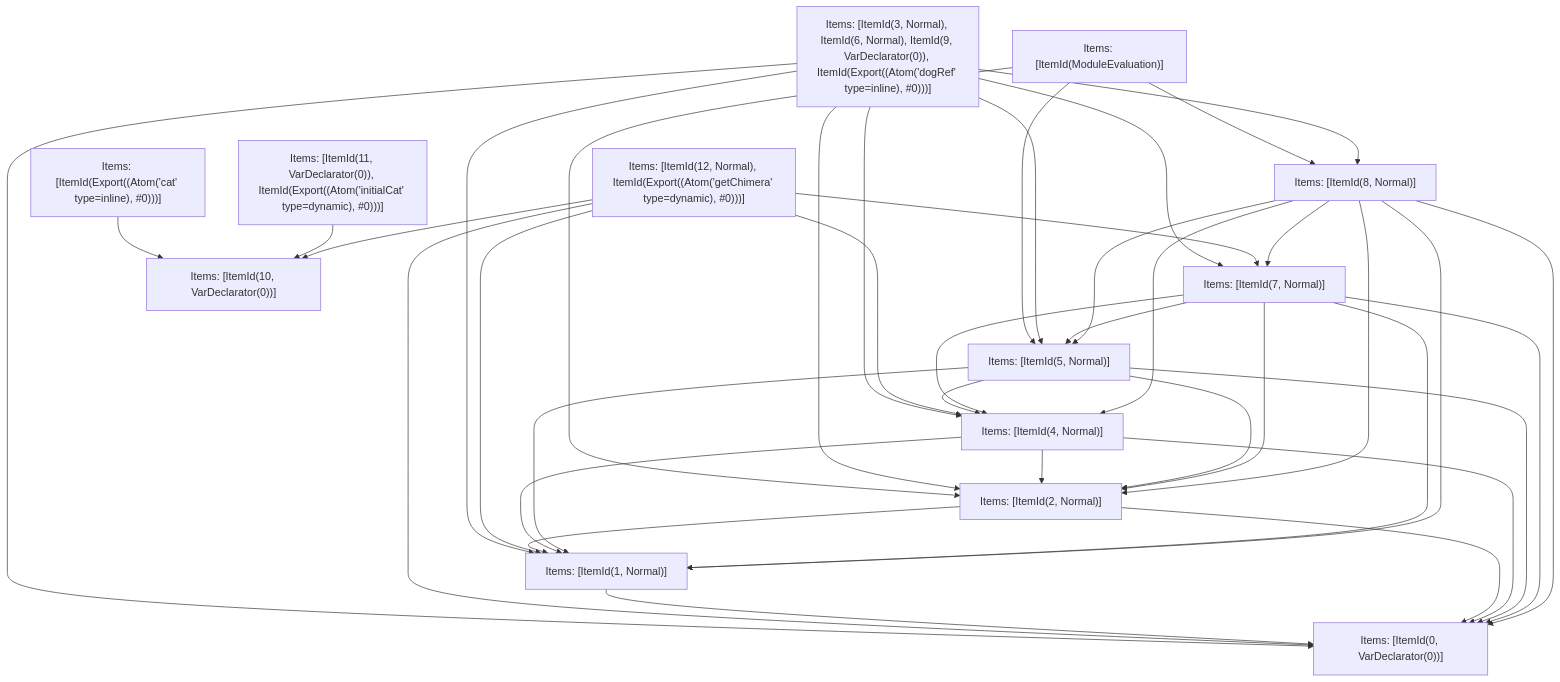
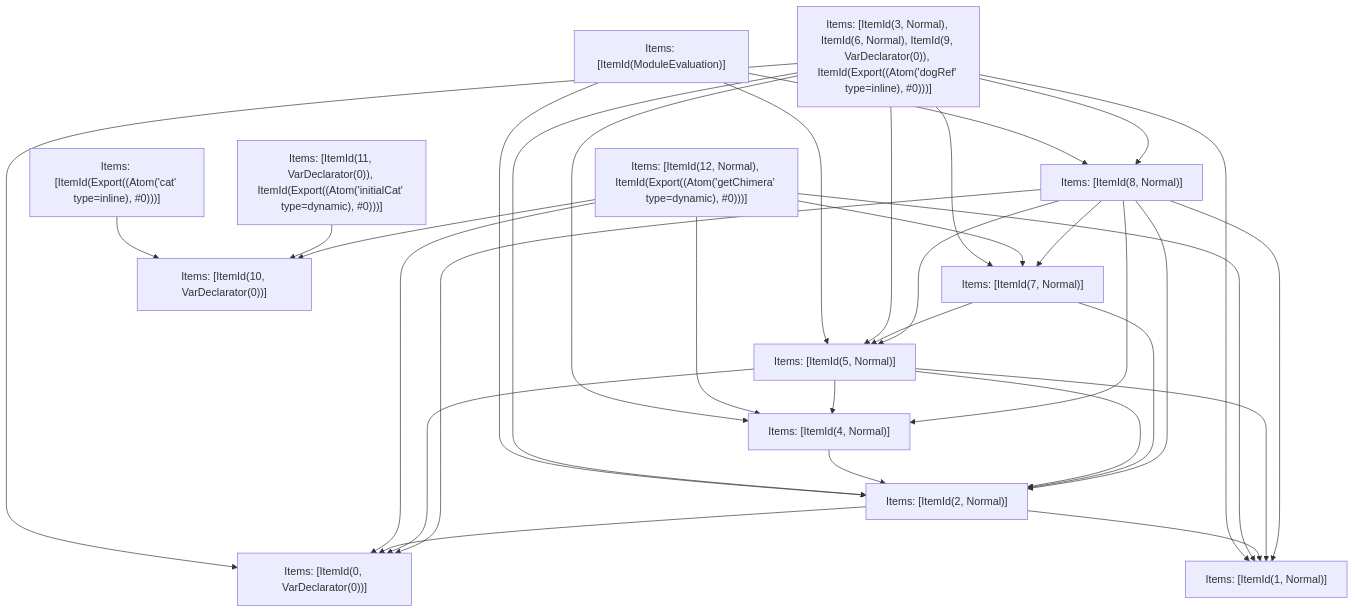
The fifth of 5 diagrams in crates/turbopack-ecmascript/tests/tree-shaker/analyzer/complex/output.md (vercel/turborepo), drawn with Mermaid before and after one commit. The commit also changed other lines of this file and 23 other files, not shown here.

````diff
--- a/crates/turbopack-ecmascript/tests/tree-shaker/analyzer/complex/output.md
+++ b/crates/turbopack-ecmascript/tests/tree-shaker/analyzer/complex/output.md
@@ -373,54 +352,48 @@
 ```mermaid
 graph TD
     N0["Items: [ItemId(ModuleEvaluation)]"];
     N1["Items: [ItemId(3, Normal), ItemId(6, Normal), ItemId(9, VarDeclarator(0)), ItemId(Export((Atom('dogRef' type=inline), #0)))]"];
     N2["Items: [ItemId(Export((Atom('cat' type=inline), #0)))]"];
     N3["Items: [ItemId(11, VarDeclarator(0)), ItemId(Export((Atom('initialCat' type=dynamic), #0)))]"];
     N4["Items: [ItemId(12, Normal), ItemId(Export((Atom('getChimera' type=dynamic), #0)))]"];
     N5["Items: [ItemId(0, VarDeclarator(0))]"];
     N6["Items: [ItemId(1, Normal)]"];
     N7["Items: [ItemId(2, Normal)]"];
     N8["Items: [ItemId(4, Normal)]"];
     N9["Items: [ItemId(5, Normal)]"];
     N10["Items: [ItemId(7, Normal)]"];
     N11["Items: [ItemId(8, Normal)]"];
     N12["Items: [ItemId(10, VarDeclarator(0))]"];
     N0 --> N7;
     N0 --> N9;
     N0 --> N11;
     N1 --> N5;
     N1 --> N6;
     N1 --> N8;
     N1 --> N10;
     N1 --> N7;
     N1 --> N9;
     N1 --> N11;
     N2 --> N12;
     N3 --> N12;
     N4 --> N12;
     N4 --> N5;
     N4 --> N6;
     N4 --> N8;
     N4 --> N10;
-    N6 --> N5;
     N7 --> N5;
     N7 --> N6;
-    N8 --> N5;
-    N8 --> N6;
     N8 --> N7;
     N9 --> N5;
     N9 --> N6;
     N9 --> N8;
     N9 --> N7;
-    N10 --> N5;
-    N10 --> N6;
-    N10 --> N8;
     N10 --> N7;
     N10 --> N9;
     N11 --> N5;
     N11 --> N6;
     N11 --> N8;
     N11 --> N10;
     N11 --> N9;
     N11 --> N7;
 ```
````
